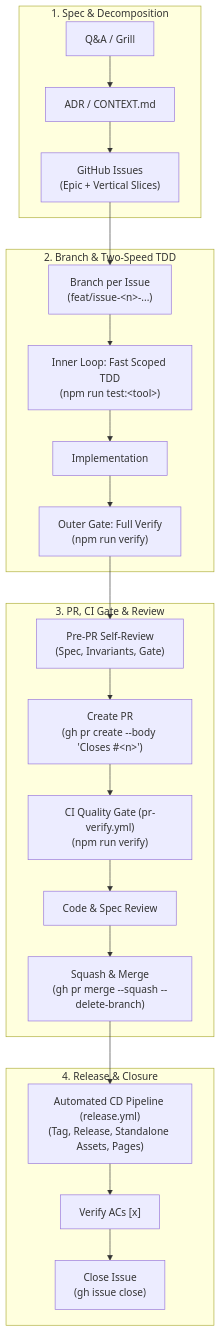
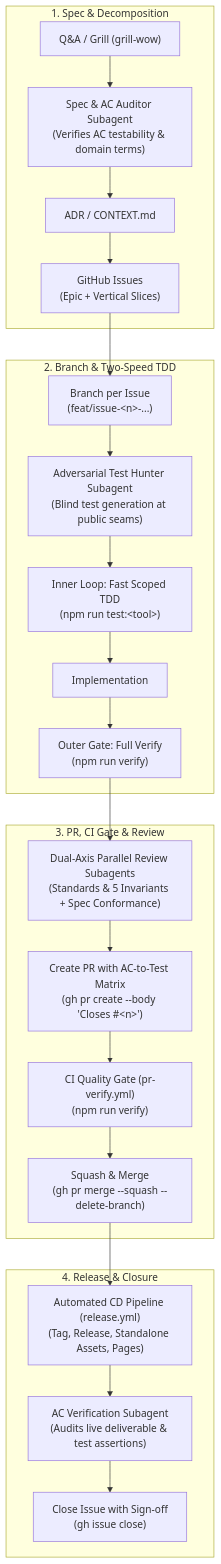
Before and after one commit to thanhtrixx/html-standalone-tools: the diagram in docs/agents/ways-of-working.md, drawn with Mermaid. The commit also changed other lines of this file and 2 other files, not shown here.

Commit message:
docs(wow): codify subagent quality guardrails and ADR-0010 (#393) (#397)

````diff
--- a/docs/agents/ways-of-working.md
+++ b/docs/agents/ways-of-working.md
@@ -9,29 +9,30 @@
 ```mermaid
 flowchart TD
     subgraph P1["1. Spec &amp; Decomposition"]
-        QA["Q&amp;A / Grill"] --> ADR["ADR / CONTEXT.md"]
+        QA["Q&amp;A / Grill (grill-wow)"] --> SpecAudit["Spec &amp; AC Auditor Subagent<br/>(Verifies AC testability &amp; domain terms)"]
+        SpecAudit --> ADR["ADR / CONTEXT.md"]
         ADR --> Issues["GitHub Issues<br/>(Epic + Vertical Slices)"]
     end
 
     subgraph P2["2. Branch &amp; Two-Speed TDD"]
-        Branch["Branch per Issue<br/>(feat/issue-&lt;n&gt;-...)"] --> InnerLoop["Inner Loop: Fast Scoped TDD<br/>(npm run test:&lt;tool&gt;)"]
+        Branch["Branch per Issue<br/>(feat/issue-&lt;n&gt;-...)"] --> BlindTests["Adversarial Test Hunter Subagent<br/>(Blind test generation at public seams)"]
+        BlindTests --> InnerLoop["Inner Loop: Fast Scoped TDD<br/>(npm run test:&lt;tool&gt;)"]
         InnerLoop --> Impl["Implementation"]
         Impl --> OuterGate["Outer Gate: Full Verify<br/>(npm run verify)"]
     end
 
     subgraph P3["3. PR, CI Gate &amp; Review"]
-        OuterGate --> SelfReview["Pre-PR Self-Review<br/>(Spec, Invariants, Gate)"]
-        SelfReview --> PR["Create PR<br/>(gh pr create --body 'Closes #&lt;n&gt;')"]
+        OuterGate --> ReviewAgents["Dual-Axis Parallel Review Subagents<br/>(Standards &amp; 5 Invariants + Spec Conformance)"]
+        ReviewAgents --> PR["Create PR with AC-to-Test Matrix<br/>(gh pr create --body 'Closes #&lt;n&gt;')"]
         PR --> CIGate["CI Quality Gate (pr-verify.yml)<br/>(npm run verify)"]
-        CIGate --> Review["Code &amp; Spec Review"]
-        Review --> Merge["Squash &amp; Merge<br/>(gh pr merge --squash --delete-branch)"]
+        CIGate --> Merge["Squash &amp; Merge<br/>(gh pr merge --squash --delete-branch)"]
     end
 
     subgraph P4["4. Release &amp; Closure"]
         Merge --> CDRelease["Automated CD Pipeline (release.yml)<br/>(Tag, Release, Standalone Assets, Pages)"]
-        CDRelease --> VerifyAC["Verify ACs [x]"]
-        VerifyAC --> Close["Close Issue<br/>(gh issue close)"]
+        CDRelease --> ACVerifier["AC Verification Subagent<br/>(Audits live deliverable &amp; test assertions)"]
+        ACVerifier --> Close["Close Issue with Sign-off<br/>(gh issue close)"]
     end
 
     Issues --> Branch
 ```
````
